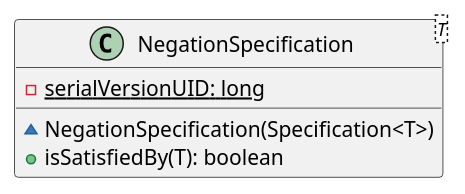
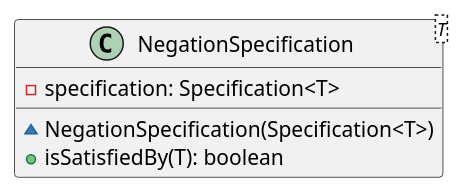
The diagram in malokhvii-eduard/malokhvii05/doc/plantuml/ua/khpi/oop/malokhvii05/common/specification/NegationSpecification.puml (P-Kalin/kit26a), drawn with PlantUML before and after one commit. The commit also changed 53 other files, not shown here.

Commit message:
#3, #9 malokhvii05: update graphs

```diff
--- a/malokhvii-eduard/malokhvii05/doc/plantuml/ua/khpi/oop/malokhvii05/common/specification/NegationSpecification.puml
+++ b/malokhvii-eduard/malokhvii05/doc/plantuml/ua/khpi/oop/malokhvii05/common/specification/NegationSpecification.puml
@@ -1,9 +1,9 @@
 @startuml
 
     class NegationSpecification<T> {
-        {static} -serialVersionUID: long
+        -specification: Specification<T>
         ~NegationSpecification(Specification<T>)
         +isSatisfiedBy(T): boolean
     }
 
 @enduml
```
